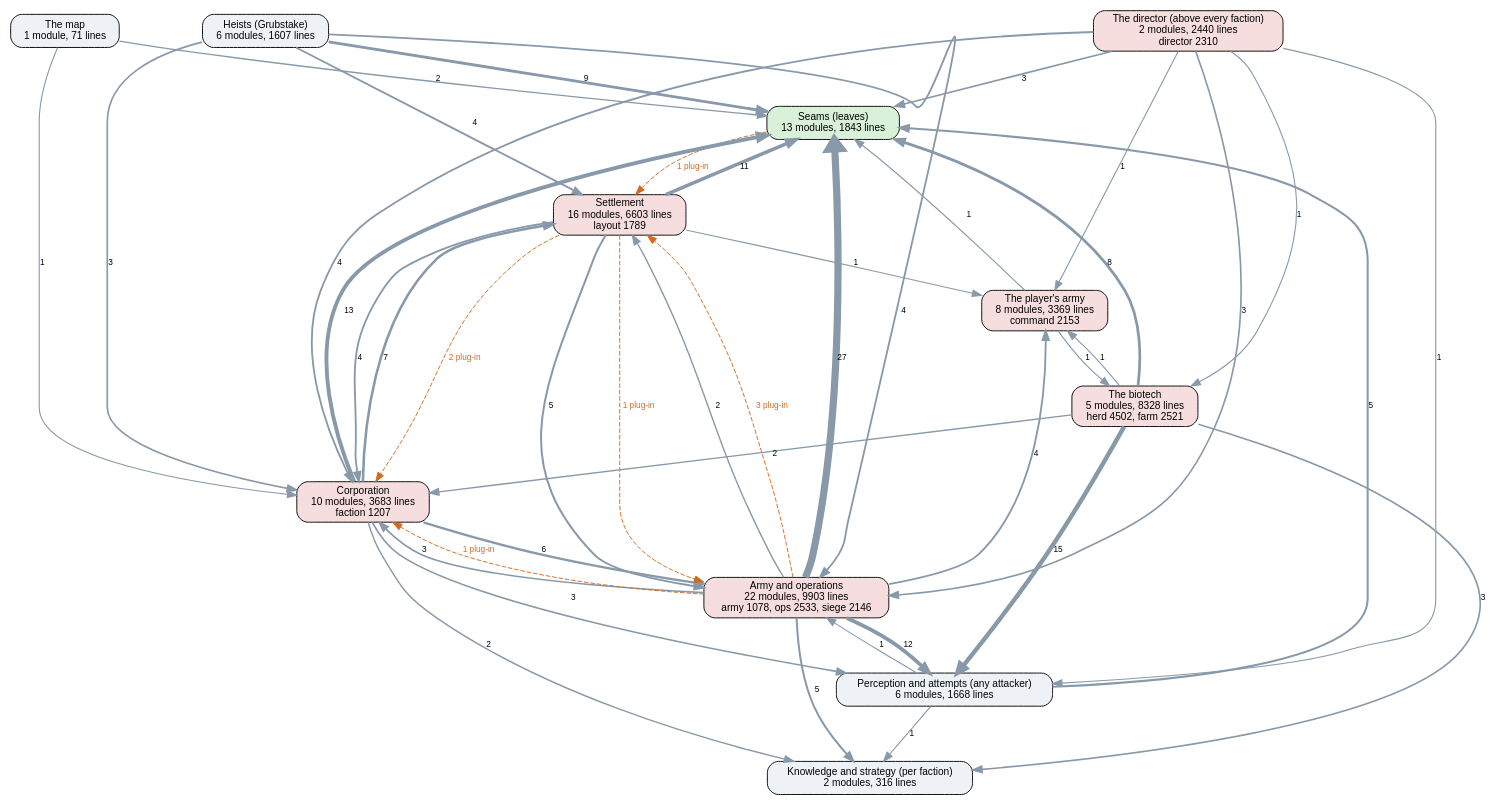
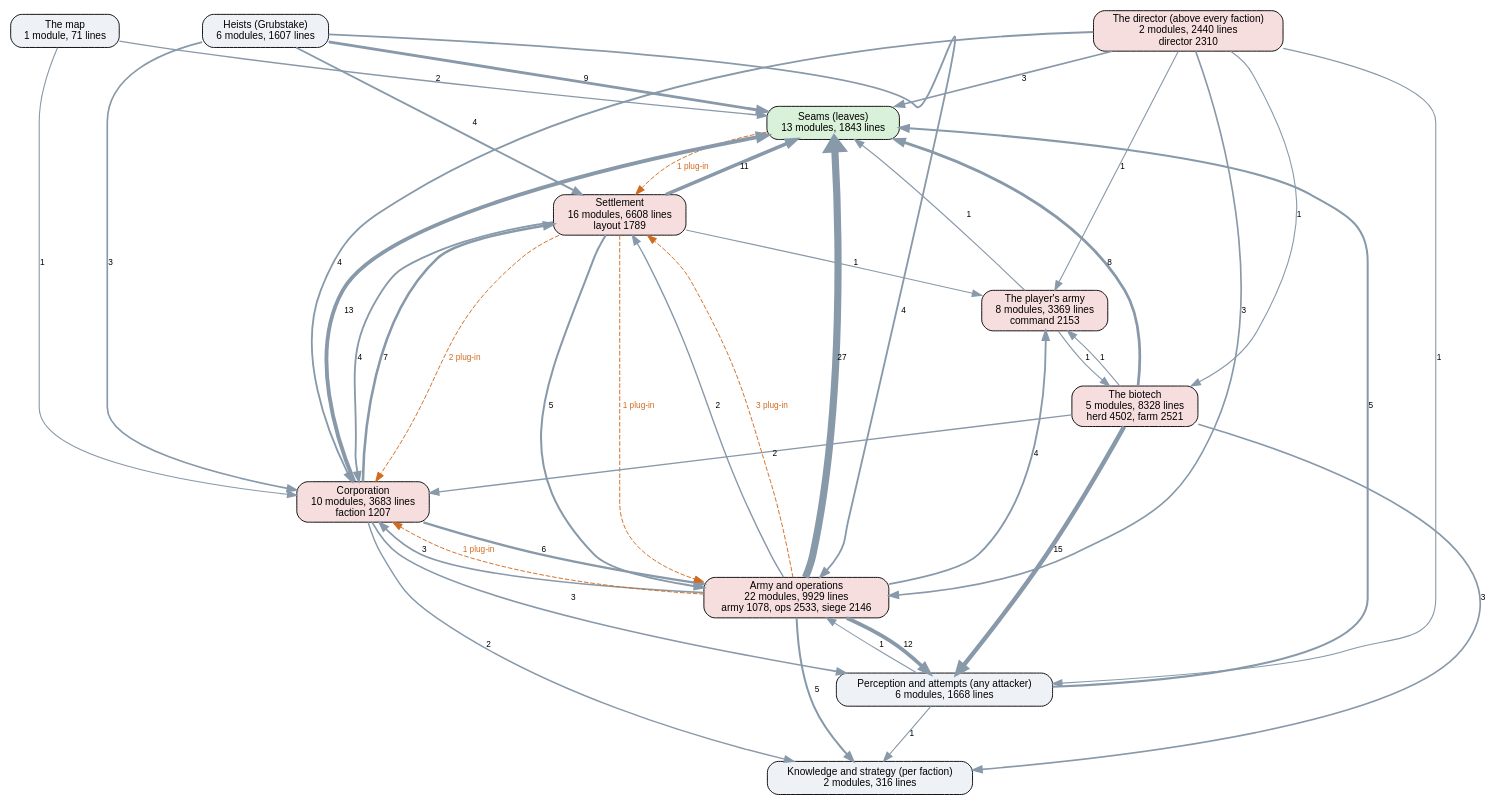
One commit to kinelhu/landing-party changed the diagram in docs/ai-layers.dot. Above: the diagram before and after it, drawn with Graphviz. The commit also changed 16 other files, not shown here.

```diff
--- a/docs/ai-layers.dot
+++ b/docs/ai-layers.dot
@@ -1,58 +1,58 @@
 digraph layers {
   graph [rankdir=TB, fontname="Helvetica", nodesep=0.5, ranksep=0.7];
   node [shape=box, style="rounded,filled", fontname="Helvetica", fontsize=11, fillcolor="#eef2f7"];
   edge [color="#8899aa", fontname="Helvetica", fontsize=9];
   "Seams (leaves)" [label="Seams (leaves)\n13 modules, 1843 lines", fillcolor="#d9f0d9"];
   "Perception and attempts (any attacker)" [label="Perception and attempts (any attacker)\n6 modules, 1668 lines", fillcolor="#eef2f7"];
   "Knowledge and strategy (per faction)" [label="Knowledge and strategy (per faction)\n2 modules, 316 lines", fillcolor="#eef2f7"];
   "The director (above every faction)" [label="The director (above every faction)\n2 modules, 2440 lines\ndirector 2310", fillcolor="#f7dede"];
   "Corporation" [label="Corporation\n10 modules, 3683 lines\nfaction 1207", fillcolor="#f7dede"];
-  "Settlement" [label="Settlement\n16 modules, 6603 lines\nlayout 1789", fillcolor="#f7dede"];
-  "Army and operations" [label="Army and operations\n22 modules, 9903 lines\narmy 1078, ops 2533, siege 2146", fillcolor="#f7dede"];
+  "Settlement" [label="Settlement\n16 modules, 6608 lines\nlayout 1789", fillcolor="#f7dede"];
+  "Army and operations" [label="Army and operations\n22 modules, 9929 lines\narmy 1078, ops 2533, siege 2146", fillcolor="#f7dede"];
   "Heists (Grubstake)" [label="Heists (Grubstake)\n6 modules, 1607 lines", fillcolor="#eef2f7"];
   "The biotech" [label="The biotech\n5 modules, 8328 lines\nherd 4502, farm 2521", fillcolor="#f7dede"];
   "The map" [label="The map\n1 module, 71 lines", fillcolor="#eef2f7"];
   "The player's army" [label="The player's army\n8 modules, 3369 lines\ncommand 2153", fillcolor="#f7dede"];
   "Army and operations" -> "Corporation" [label="3", penwidth=1.8];
   "Army and operations" -> "Knowledge and strategy (per faction)" [label="5", penwidth=2.2];
   "Army and operations" -> "Perception and attempts (any attacker)" [label="12", penwidth=4.0];
   "Army and operations" -> "Seams (leaves)" [label="27", penwidth=7.8];
   "Army and operations" -> "Settlement" [label="2", penwidth=1.5];
   "Army and operations" -> "The player's army" [label="4", penwidth=2.0];
   "Corporation" -> "Army and operations" [label="6", penwidth=2.5];
   "Corporation" -> "Knowledge and strategy (per faction)" [label="2", penwidth=1.5];
   "Corporation" -> "Perception and attempts (any attacker)" [label="3", penwidth=1.8];
   "Corporation" -> "Seams (leaves)" [label="13", penwidth=4.2];
   "Corporation" -> "Settlement" [label="7", penwidth=2.8];
   "Heists (Grubstake)" -> "Army and operations" [label="4", penwidth=2.0];
   "Heists (Grubstake)" -> "Corporation" [label="3", penwidth=1.8];
   "Heists (Grubstake)" -> "Seams (leaves)" [label="9", penwidth=3.2];
   "Heists (Grubstake)" -> "Settlement" [label="4", penwidth=2.0];
   "Perception and attempts (any attacker)" -> "Army and operations" [label="1", penwidth=1.2];
   "Perception and attempts (any attacker)" -> "Knowledge and strategy (per faction)" [label="1", penwidth=1.2];
   "Perception and attempts (any attacker)" -> "Seams (leaves)" [label="5", penwidth=2.2];
   "Settlement" -> "Army and operations" [label="5", penwidth=2.2];
   "Settlement" -> "Corporation" [label="4", penwidth=2.0];
   "Settlement" -> "Seams (leaves)" [label="11", penwidth=3.8];
   "Settlement" -> "The player's army" [label="1", penwidth=1.2];
   "The biotech" -> "Corporation" [label="2", penwidth=1.5];
   "The biotech" -> "Knowledge and strategy (per faction)" [label="3", penwidth=1.8];
   "The biotech" -> "Perception and attempts (any attacker)" [label="15", penwidth=4.8];
   "The biotech" -> "Seams (leaves)" [label="8", penwidth=3.0];
   "The biotech" -> "The player's army" [label="1", penwidth=1.2];
   "The director (above every faction)" -> "Army and operations" [label="3", penwidth=1.8];
   "The director (above every faction)" -> "Corporation" [label="4", penwidth=2.0];
   "The director (above every faction)" -> "Perception and attempts (any attacker)" [label="1", penwidth=1.2];
   "The director (above every faction)" -> "Seams (leaves)" [label="3", penwidth=1.8];
   "The director (above every faction)" -> "The biotech" [label="1", penwidth=1.2];
   "The director (above every faction)" -> "The player's army" [label="1", penwidth=1.2];
   "The map" -> "Corporation" [label="1", penwidth=1.2];
   "The map" -> "Seams (leaves)" [label="2", penwidth=1.5];
   "The player's army" -> "Seams (leaves)" [label="1", penwidth=1.2];
   "The player's army" -> "The biotech" [label="1", penwidth=1.2];
   "Army and operations" -> "Corporation" [style=dashed, color="#d2691e", fontcolor="#d2691e", label="1 plug-in"];
   "Army and operations" -> "Settlement" [style=dashed, color="#d2691e", fontcolor="#d2691e", label="3 plug-in"];
   "Seams (leaves)" -> "Settlement" [style=dashed, color="#d2691e", fontcolor="#d2691e", label="1 plug-in"];
   "Settlement" -> "Army and operations" [style=dashed, color="#d2691e", fontcolor="#d2691e", label="1 plug-in"];
   "Settlement" -> "Corporation" [style=dashed, color="#d2691e", fontcolor="#d2691e", label="2 plug-in"];
 }
```
